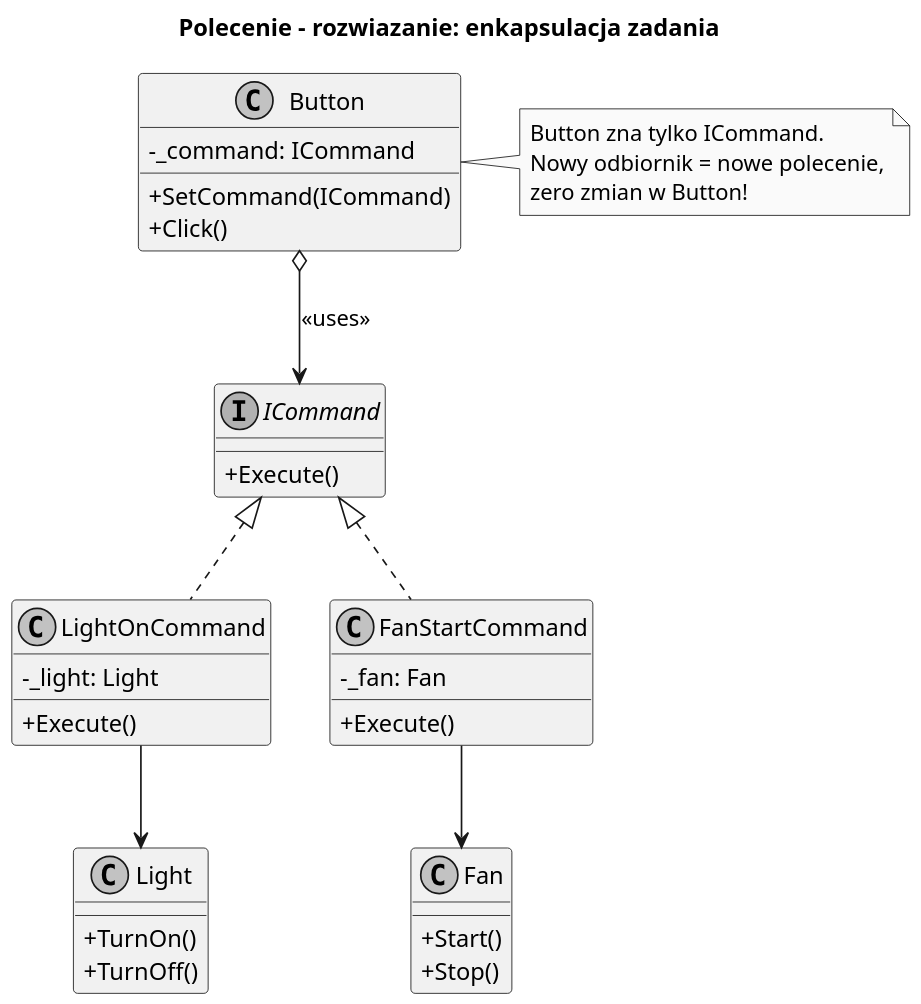
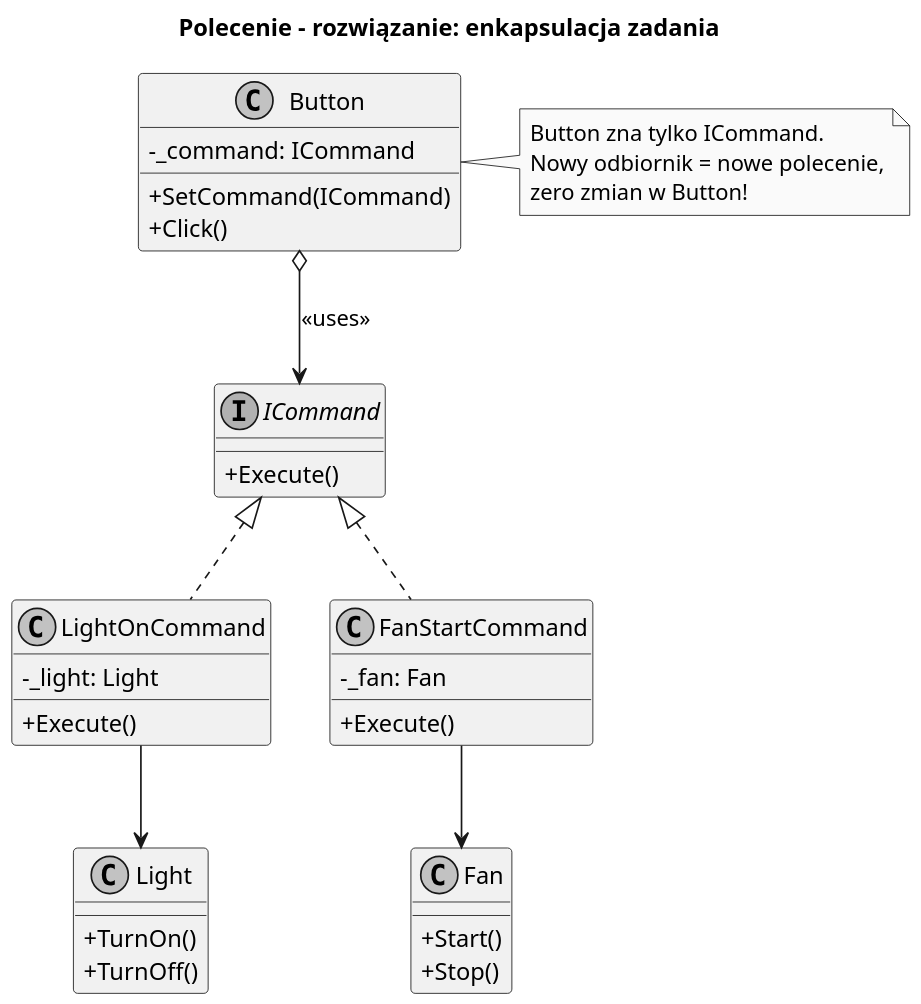
The diagram in src/14-polecenie/01-idea-i-kontekst/diagrams/02-solution.puml (tborzyszkowski/DesignPatterns), drawn with PlantUML before and after one commit. The commit also changed 87 other files, not shown here.

```diff
--- a/src/14-polecenie/01-idea-i-kontekst/diagrams/02-solution.puml
+++ b/src/14-polecenie/01-idea-i-kontekst/diagrams/02-solution.puml
@@ -1,50 +1,50 @@
 @startuml command_solution
-title Polecenie - rozwiazanie: enkapsulacja zadania
+title Polecenie - rozwiązanie: enkapsulacja zadania
 
 skinparam monochrome true
 skinparam dpi 150
 skinparam classAttributeIconSize 0
 
 interface ICommand {
     + Execute()
 }
 
 class Button {
     - _command: ICommand
     + SetCommand(ICommand)
     + Click()
 }
 
 class LightOnCommand {
     - _light: Light
     + Execute()
 }
 
 class FanStartCommand {
     - _fan: Fan
     + Execute()
 }
 
 class Light {
     + TurnOn()
     + TurnOff()
 }
 
 class Fan {
     + Start()
     + Stop()
 }
 
 ICommand <|.. LightOnCommand
 ICommand <|.. FanStartCommand
 Button o--> ICommand : <<uses>>
 LightOnCommand --> Light
 FanStartCommand --> Fan
 
 note right of Button
   Button zna tylko ICommand.
   Nowy odbiornik = nowe polecenie,
   zero zmian w Button!
 end note
 
 @enduml
```
